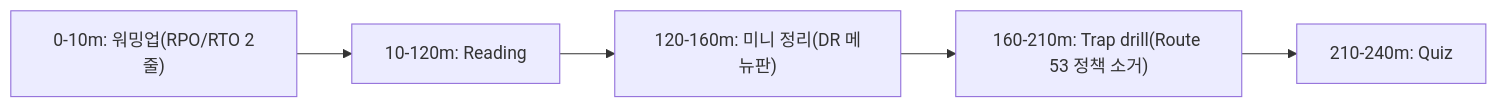
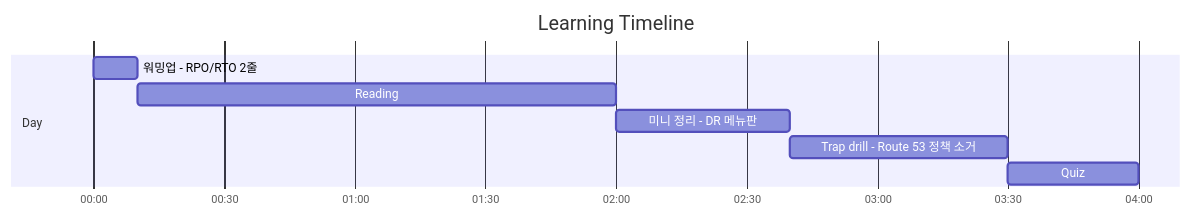
One commit to niceguy61/aws-saa-lecture-2026 changed the first of 2 diagrams in aws-saa/week02/day01/README.md. Above: the diagram before and after it, drawn with Mermaid. The commit also changed 21 other files, not shown here.

Commit message:
docs(aws-saa): use mermaid gantt for learning timelines

````diff
--- a/aws-saa/week02/day01/README.md
+++ b/aws-saa/week02/day01/README.md
@@ -26,7 +26,12 @@
 ```mermaid
-flowchart LR
-  A["0-10m: 워밍업(RPO/RTO 2줄)"] --> B["10-120m: Reading"]
-  B --> C["120-160m: 미니 정리(DR 메뉴판)"]
-  C --> D["160-210m: Trap drill(Route 53 정책 소거)"]
-  D --> E["210-240m: Quiz"]
+gantt
+  title Learning Timeline
+  dateFormat  HH:mm
+  axisFormat  %H:%M
+  section Day
+  워밍업 - RPO/RTO 2줄 :t1, 00:00, 10m
+  Reading :t2, after t1, 110m
+  미니 정리 - DR 메뉴판 :t3, after t2, 40m
+  Trap drill - Route 53 정책 소거 :t4, after t3, 50m
+  Quiz :t5, after t4, 30m
 ```
````
